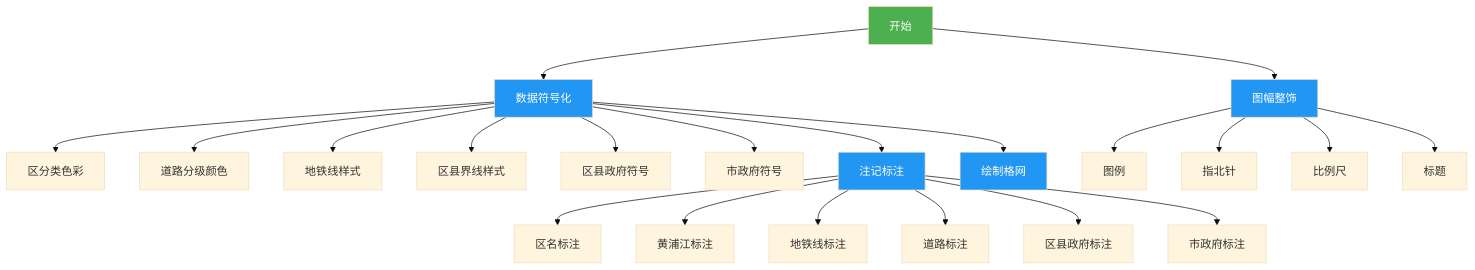
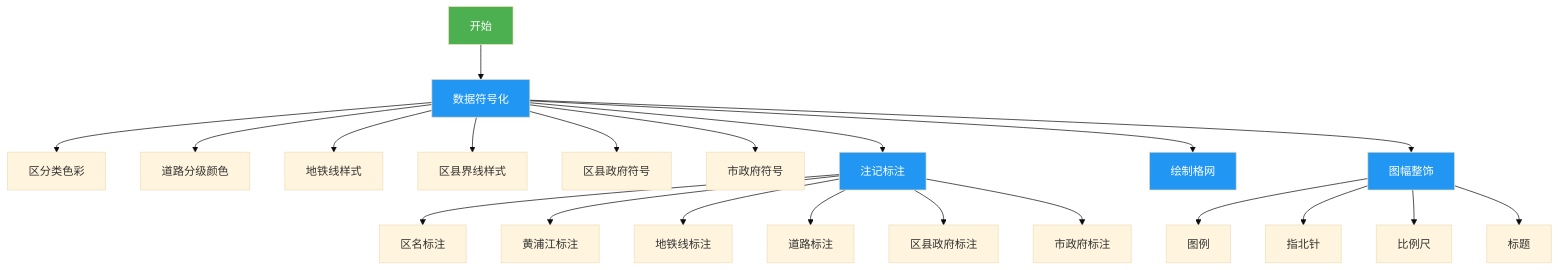
Before and after one commit to newguser/iodraw-files: the diagram in all/未命名.md, drawn with Mermaid (base theme).

Commit message:
2025-02-27 10:44:06 update

````diff
--- a/all/未命名.md
+++ b/all/未命名.md
@@ -1,30 +1,30 @@
 ```mermaid
 graph TD
     A[开始] --> B[数据符号化]
     B --> B1[区分类色彩]
     B --> B2[道路分级颜色]
     B --> B3[地铁线样式]
     B --> B4[区县界线样式]
     B --> B5[区县政府符号]
     B --> B6[市政府符号]
 
     B --> C[注记标注]
     C --> C1[区名标注]
     C --> C2[黄浦江标注]
     C --> C3[地铁线标注]
     C --> C4[道路标注]
     C --> C5[区县政府标注]
     C --> C6[市政府标注]
 
     B --> D[绘制格网]
-    A --> E[图幅整饰]
+    B --> E[图幅整饰]
     E --> E1[图例]
     E --> E2[指北针]
     E --> E3[比例尺]
     E --> E4[标题]
 
 
     style A fill:#4CAF50,color:white
     classDef process fill:#2196F3,color:white;
     class B,C,D,E process
 ```
````
